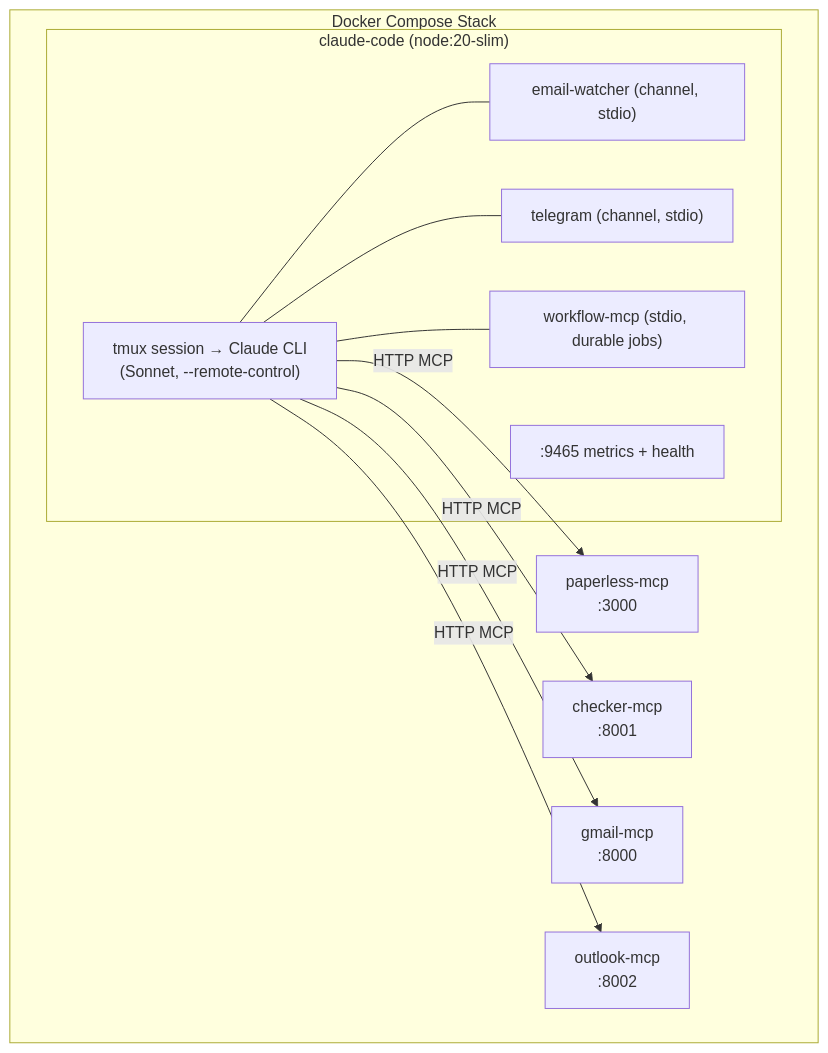
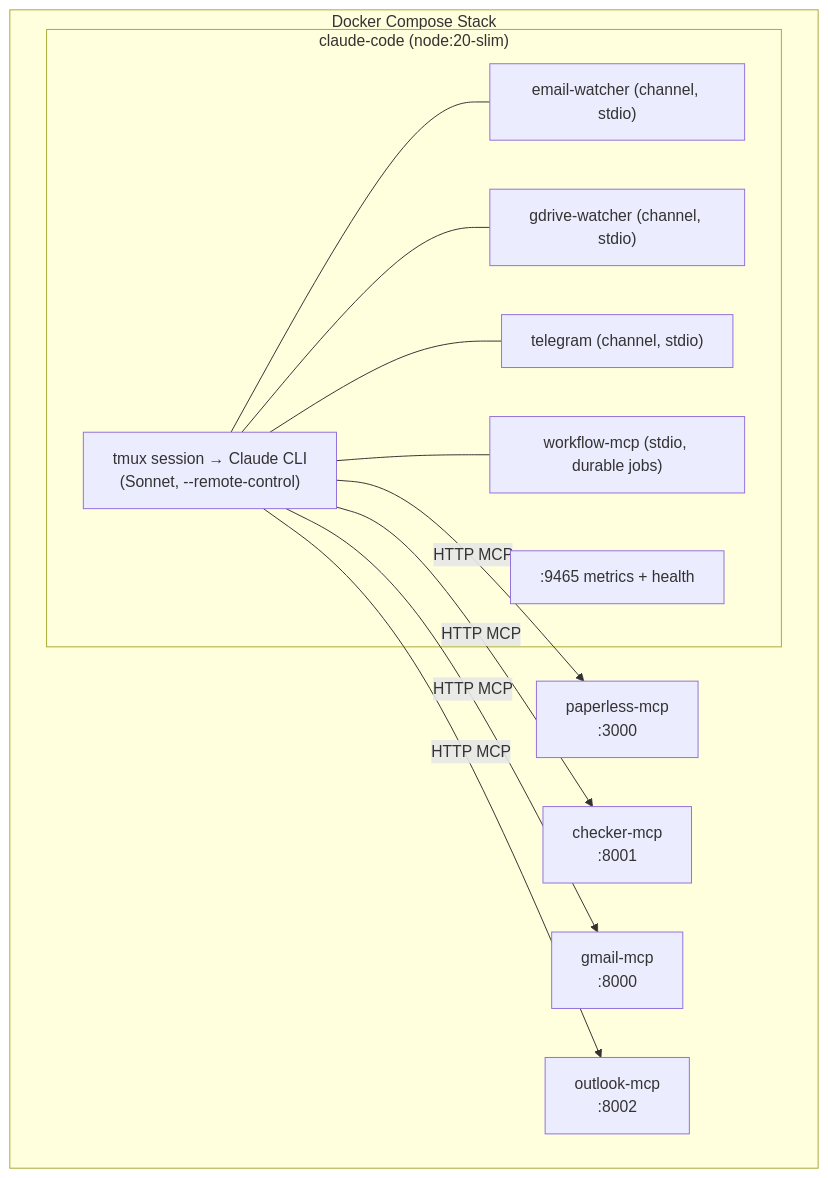
The diagram in docs/infrastructure.md (mcsdodo/personal-assistant), drawn with Mermaid before and after one commit. The commit also changed other lines of this file and 1 other file, not shown here.

````diff
--- a/docs/infrastructure.md
+++ b/docs/infrastructure.md
@@ -9,26 +9,28 @@
 ```mermaid
 flowchart TB
     subgraph stack["Docker Compose Stack"]
         subgraph cc["claude-code (node:20-slim)"]
             tmux["tmux session → Claude CLI<br/>(Sonnet, --remote-control)"]
             ew["email-watcher (channel, stdio)"]
+            gw["gdrive-watcher (channel, stdio)"]
             tg["telegram (channel, stdio)"]
             wf["workflow-mcp (stdio, durable jobs)"]
             metrics[":9465 metrics + health"]
 
             tmux --- ew
+            tmux --- gw
             tmux --- tg
             tmux --- wf
         end
 
         paperless["paperless-mcp<br/>:3000"]
         checker["checker-mcp<br/>:8001"]
         gmail["gmail-mcp<br/>:8000"]
         outlook["outlook-mcp<br/>:8002"]
 
         tmux -->|HTTP MCP| paperless
         tmux -->|HTTP MCP| checker
         tmux -->|HTTP MCP| gmail
         tmux -->|HTTP MCP| outlook
     end
 ```
````
